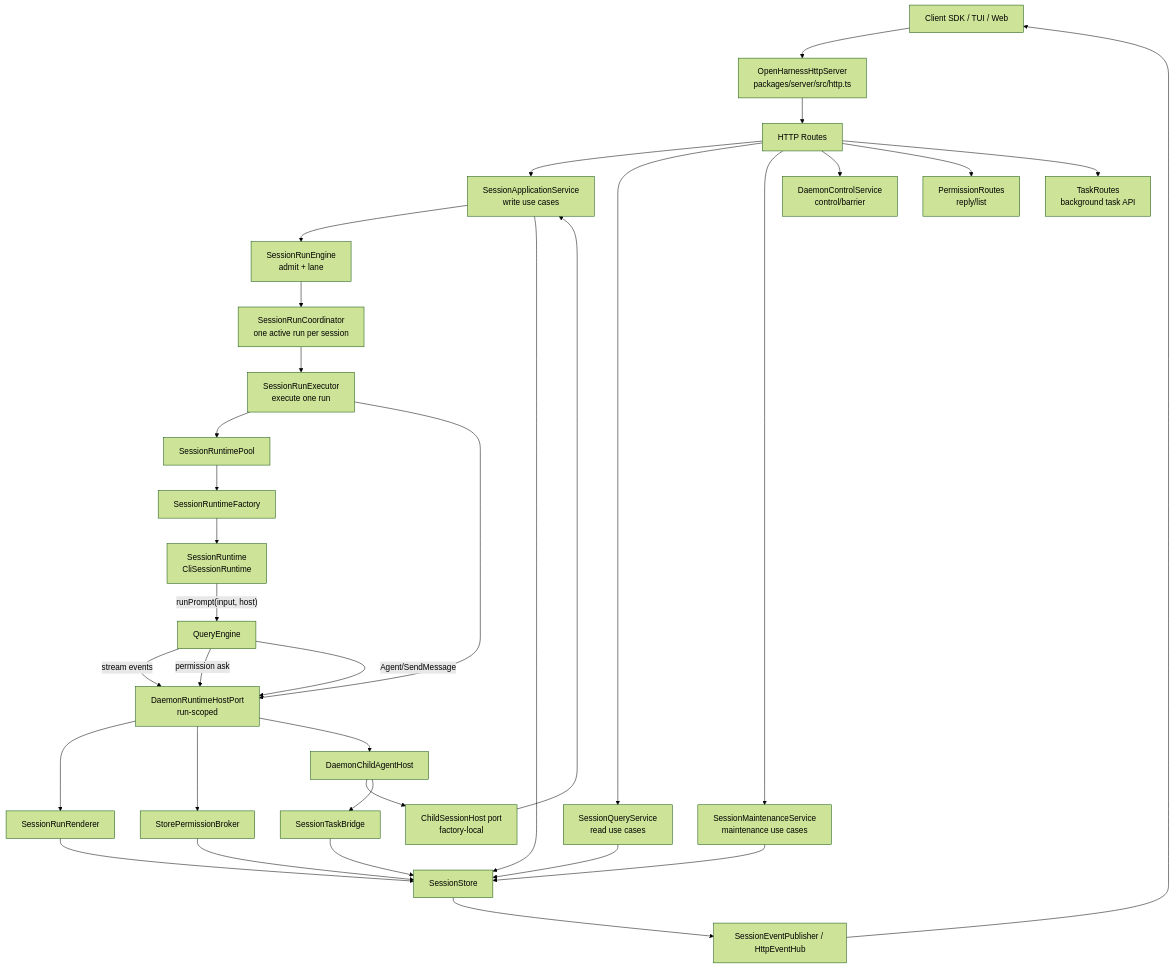
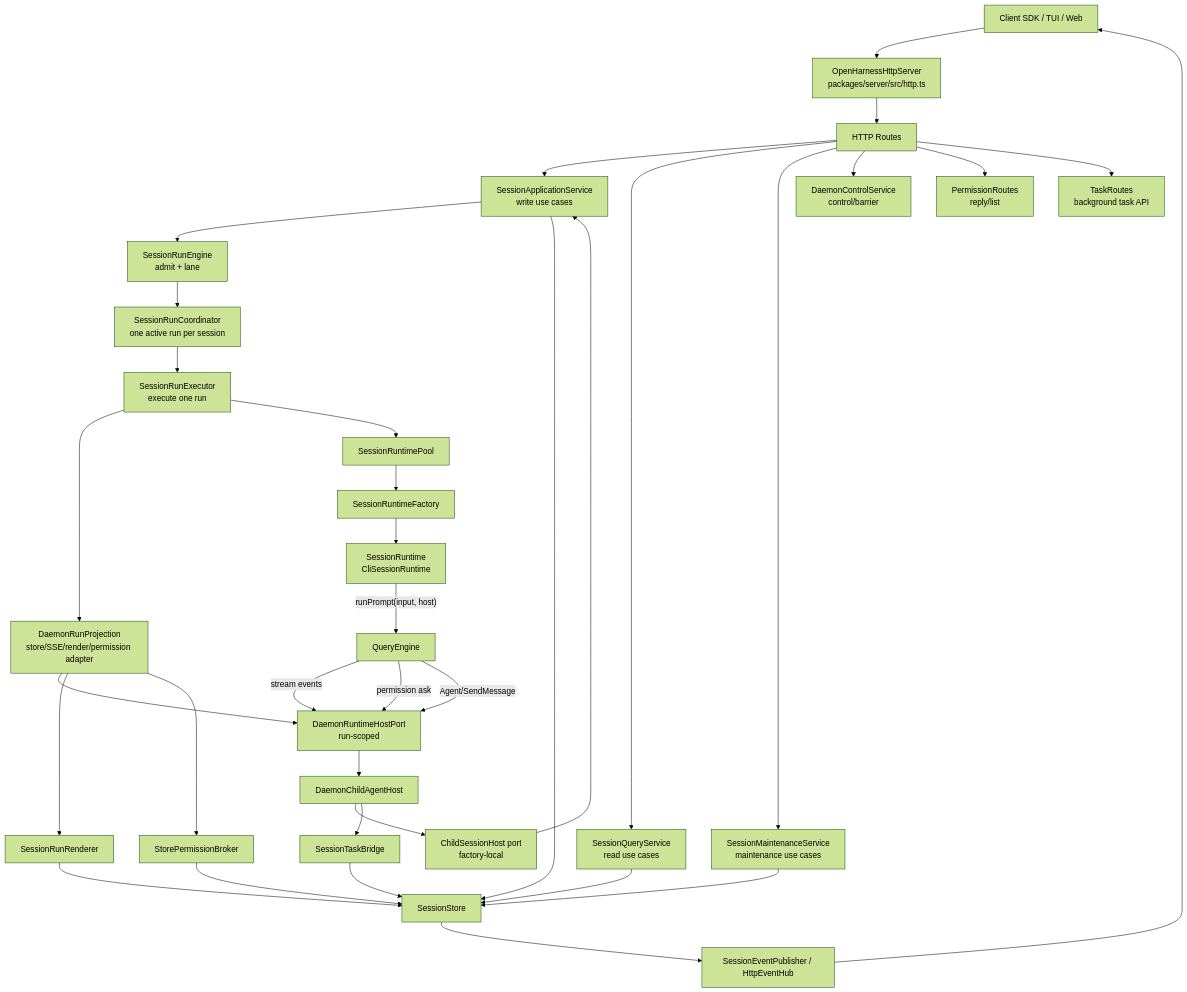
Before and after one commit to rzx007/openharness-ts: the first of 9 diagrams in docs/daemon-application-architecture.md, drawn with Mermaid (forest theme). The commit also changed other lines of this file and 4 other files, not shown here.

Commit message:
docs(daemon): document run projection adapter

````diff
--- a/docs/daemon-application-architecture.md
+++ b/docs/daemon-application-architecture.md
@@ -40,43 +40,44 @@
 ```mermaid
 flowchart TB
   Client["Client SDK / TUI / Web"] --> Http["OpenHarnessHttpServer<br/>packages/server/src/http.ts"]
 
   Http --> Routes["HTTP Routes"]
   Routes --> App["SessionApplicationService<br/>write use cases"]
   Routes --> Query["SessionQueryService<br/>read use cases"]
   Routes --> Maint["SessionMaintenanceService<br/>maintenance use cases"]
   Routes --> Control["DaemonControlService<br/>control/barrier"]
   Routes --> PermRoute["PermissionRoutes<br/>reply/list"]
   Routes --> TaskRoute["TaskRoutes<br/>background task API"]
 
   App --> RunEngine["SessionRunEngine<br/>admit + lane"]
   RunEngine --> Coordinator["SessionRunCoordinator<br/>one active run per session"]
   Coordinator --> Executor["SessionRunExecutor<br/>execute one run"]
+  Executor --> Projection["DaemonRunProjection<br/>store/SSE/render/permission adapter"]
 
   Executor --> Pool["SessionRuntimePool"]
   Pool --> Factory["SessionRuntimeFactory"]
   Factory --> Runtime["SessionRuntime<br/>CliSessionRuntime"]
-  Executor --> Host["DaemonRuntimeHostPort<br/>run-scoped"]
+  Projection --> Host["DaemonRuntimeHostPort<br/>run-scoped"]
   Runtime -->|"runPrompt(input, host)"| QE["QueryEngine"]
 
   QE -->|"stream events"| Host
   QE -->|"permission ask"| Host
   QE -->|"Agent/SendMessage"| Host
 
-  Host --> Renderer["SessionRunRenderer"]
-  Host --> Broker["StorePermissionBroker"]
+  Projection --> Renderer["SessionRunRenderer"]
+  Projection --> Broker["StorePermissionBroker"]
   Host --> ChildHost["DaemonChildAgentHost"]
 
   ChildHost --> ChildPort["ChildSessionHost port<br/>factory-local"]
   ChildPort --> App
   ChildHost --> TaskBridge["SessionTaskBridge"]
   TaskBridge --> Store["SessionStore"]
 
   Query --> Store
   Maint --> Store
   App --> Store
   Renderer --> Store
   Broker --> Store
   Store --> Events["SessionEventPublisher / HttpEventHub"]
   Events --> Client
 ```
````
